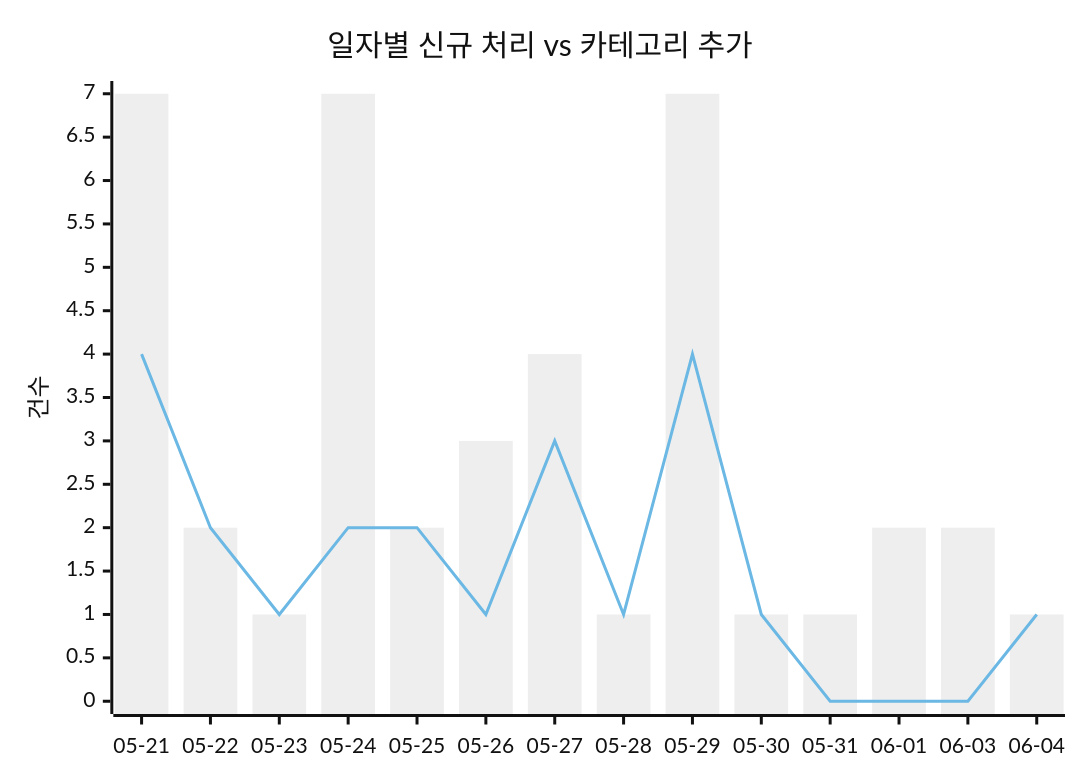
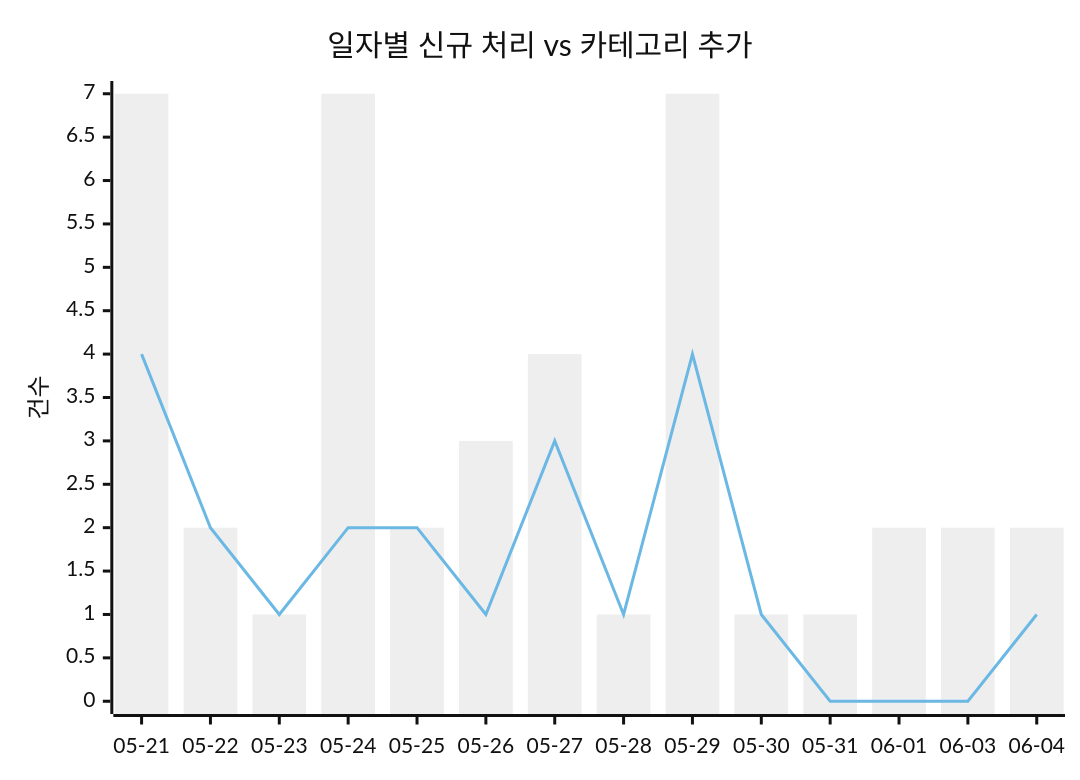
Before and after one commit to J-nowcow/awesome-korean-agent-skills: the first of 2 diagrams in docs/trends.md, drawn with Mermaid (neutral theme). The commit also changed other lines of this file and 2 other files, not shown here.

````diff
--- a/docs/trends.md
+++ b/docs/trends.md
@@ -32,8 +32,8 @@
 ```mermaid
 xychart-beta
     title "일자별 신규 처리 vs 카테고리 추가"
     x-axis ["05-21","05-22","05-23","05-24","05-25","05-26","05-27","05-28","05-29","05-30","05-31","06-01","06-03","06-04"]
     y-axis "건수"
-    bar [7,2,1,7,2,3,4,1,7,1,1,2,2,1]
+    bar [7,2,1,7,2,3,4,1,7,1,1,2,2,2]
     line [4,2,1,2,2,1,3,1,4,1,0,0,0,1]
 ```
````
